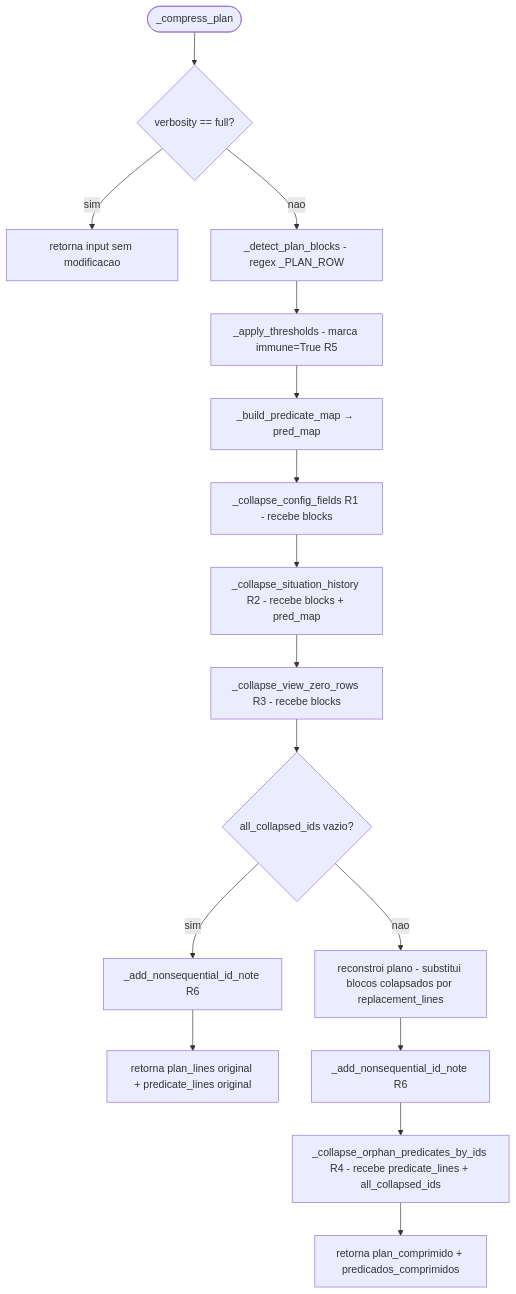
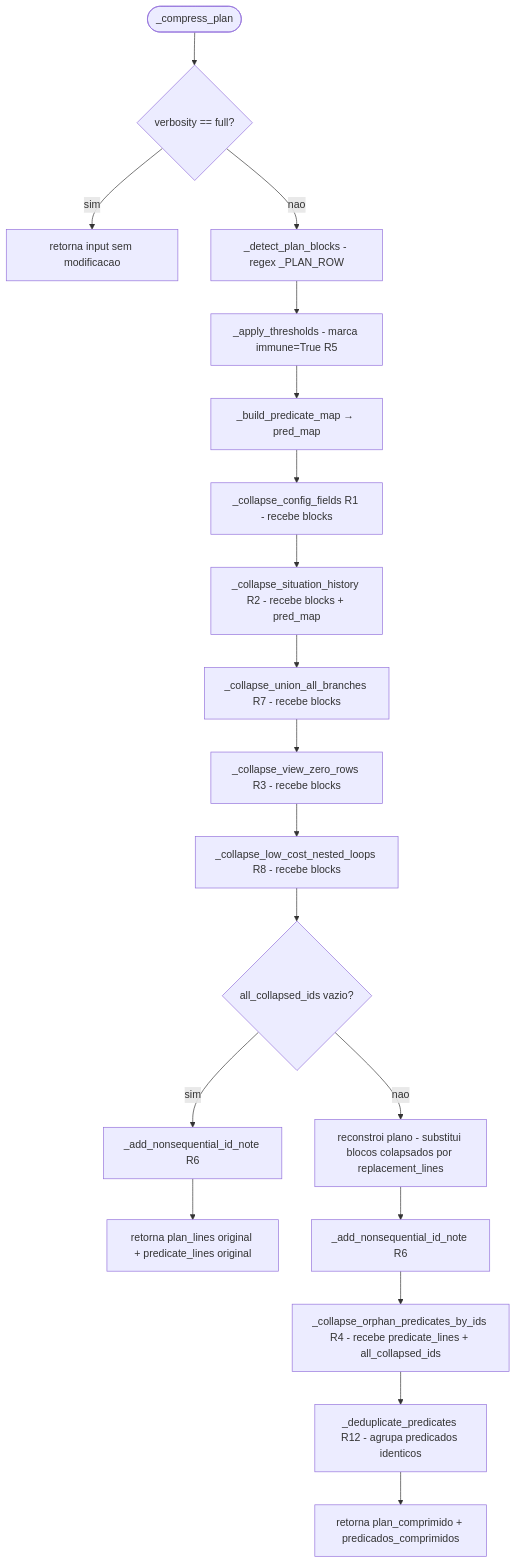
Before and after one commit to fevitta/SqlMentor: the fourth of 4 diagrams in .kiro/steering/architecture.md, drawn with Mermaid. The commit also changed other lines of this file and 9 other files, not shown here.

```diff
--- a/.kiro/steering/architecture.md
+++ b/.kiro/steering/architecture.md
@@ -78,18 +78,21 @@
 ~~~mermaid
 flowchart TD
     A([_compress_plan]) --> B{verbosity == full?}
     B -->|sim| RET[retorna input sem modificacao]
     B -->|nao| C[_detect_plan_blocks - regex _PLAN_ROW]
     C --> D[_apply_thresholds - marca immune=True R5]
     D --> E[_build_predicate_map → pred_map]
     E --> F[_collapse_config_fields R1 - recebe blocks]
     F --> G[_collapse_situation_history R2 - recebe blocks + pred_map]
-    G --> H[_collapse_view_zero_rows R3 - recebe blocks]
-    H --> I{all_collapsed_ids vazio?}
+    G --> G2[_collapse_union_all_branches R7 - recebe blocks]
+    G2 --> H[_collapse_view_zero_rows R3 - recebe blocks]
+    H --> H2[_collapse_low_cost_nested_loops R8 - recebe blocks]
+    H2 --> I{all_collapsed_ids vazio?}
     I -->|sim| J[_add_nonsequential_id_note R6]
     J --> RET2[retorna plan_lines original + predicate_lines original]
     I -->|nao| K[reconstroi plano - substitui blocos colapsados por replacement_lines]
     K --> L[_add_nonsequential_id_note R6]
     L --> M[_collapse_orphan_predicates_by_ids R4 - recebe predicate_lines + all_collapsed_ids]
-    M --> RET3[retorna plan_comprimido + predicados_comprimidos]
+    M --> M2[_deduplicate_predicates R12 - agrupa predicados identicos]
+    M2 --> RET3[retorna plan_comprimido + predicados_comprimidos]
 ~~~
```
